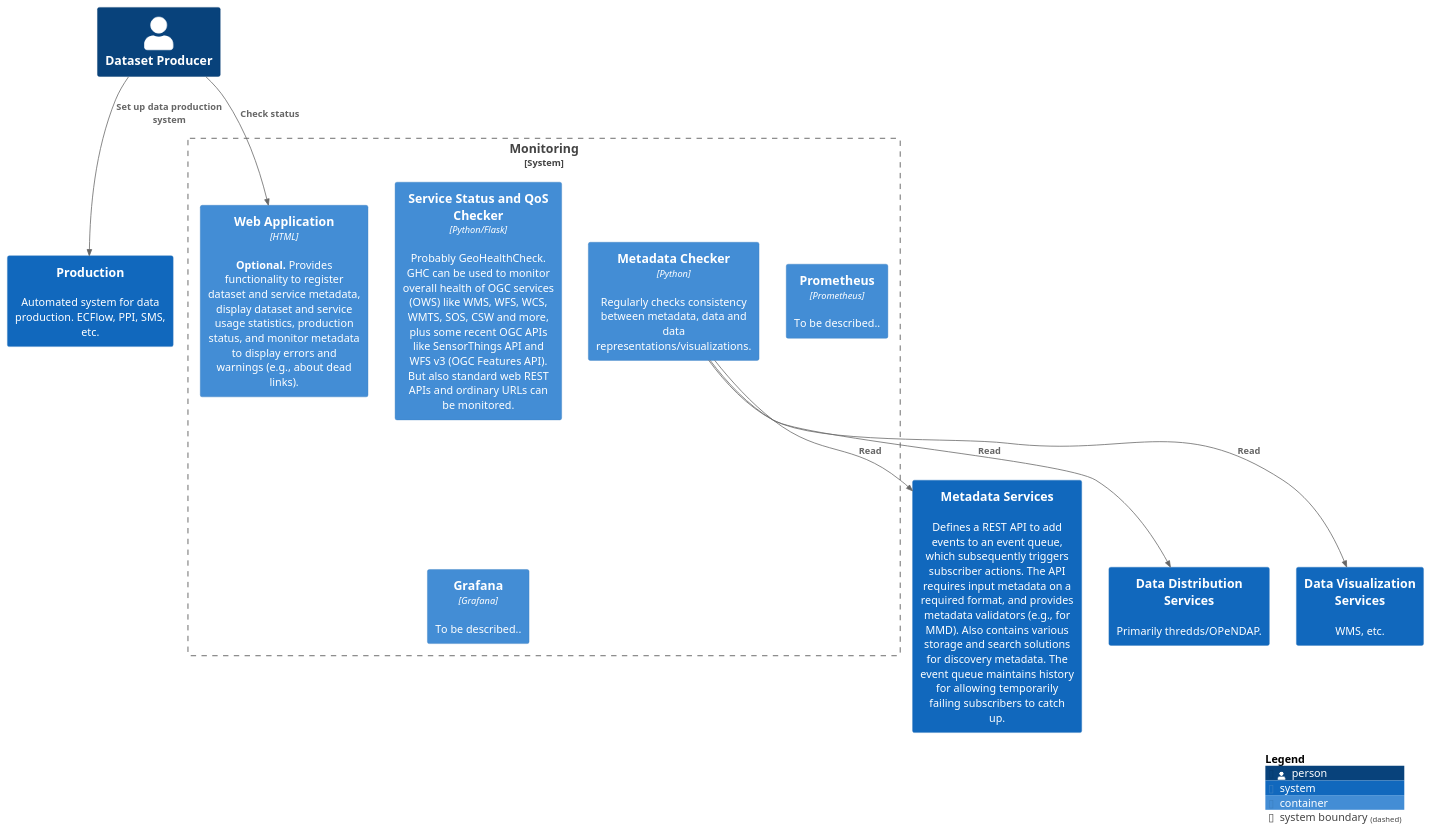
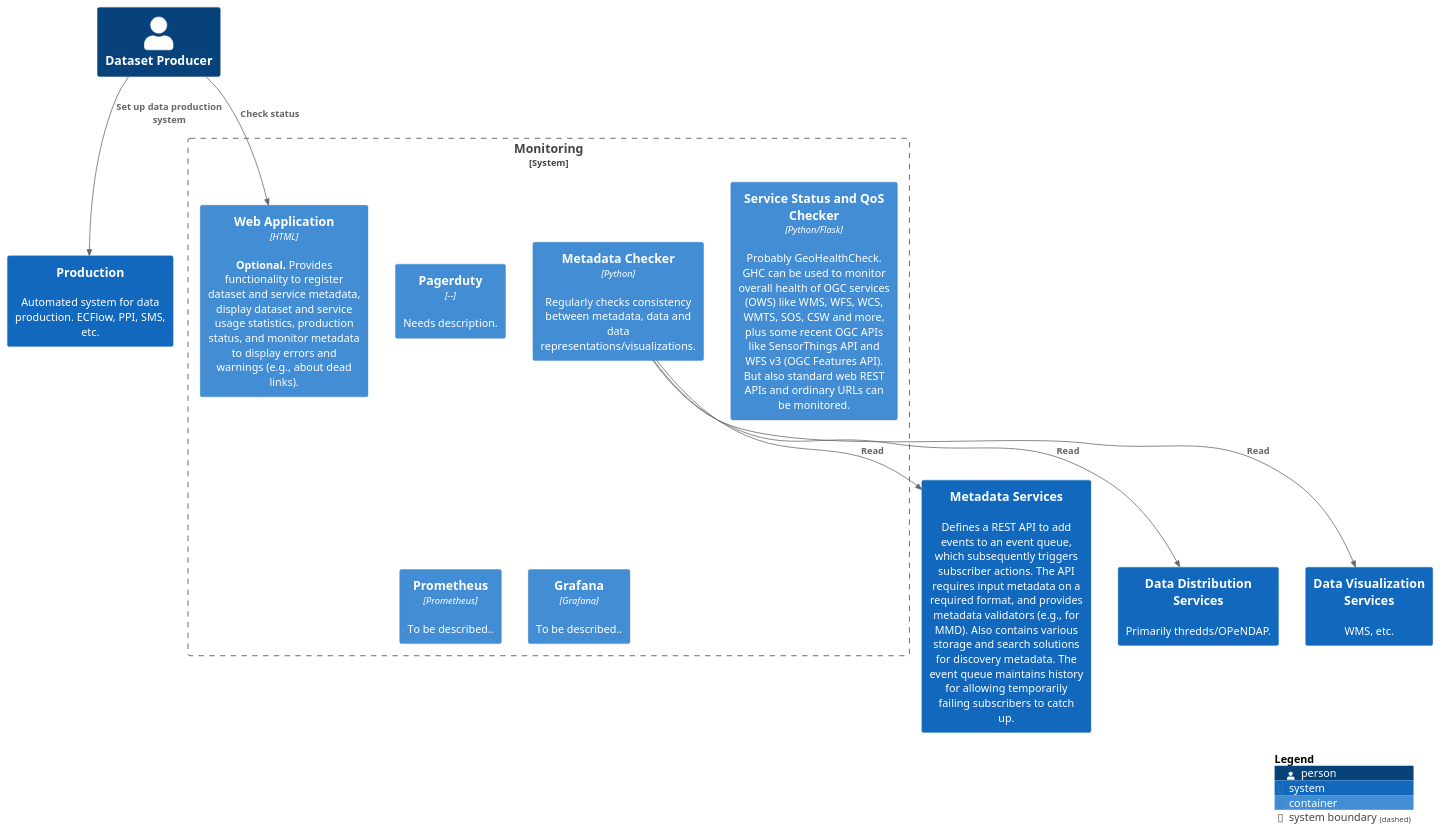
The diagram in source/puml/architecture/S-ENDA-monitoring-container-diagram.puml (metno/S-ENDA-documentation), drawn with PlantUML before and after one commit. The commit also changed 5 other files, not shown here.

```diff
--- a/source/puml/architecture/S-ENDA-monitoring-container-diagram.puml
+++ b/source/puml/architecture/S-ENDA-monitoring-container-diagram.puml
@@ -1,40 +1,42 @@
 @startuml S-ENDA-monitoring-container-diagram
 !include https://raw.githubusercontent.com/plantuml-stdlib/C4-PlantUML/master/C4_Container.puml
 
 LAYOUT_TOP_DOWN()
 
 Person(dataproducer, "Dataset Producer")
 
 System(dmservice, "Metadata Services", "Defines a REST API to add events to an event queue, which subsequently triggers subscriber actions. The API requires input metadata on a required format, and provides metadata validators (e.g., for MMD). Also contains various storage and search solutions for discovery metadata. The event queue maintains history for allowing temporarily failing subscribers to catch up.")
 System(productionhub, "Production", "Automated system for data production. ECFlow, PPI, SMS, etc.")
 System(dist_systems, "Data Distribution Services", "Primarily thredds/OPeNDAP.")
 System(vis_systems, "Data Visualization Services", "WMS, etc.")
 
 System_Boundary(monitoring, "Monitoring", "Monitoring of usage, metadata consistency, and status of services and production chains. Uses existing systems (e.g., prometheus/grafana)."){
 
   Container(checker, "Metadata Checker", "Python", "Regularly checks consistency between metadata, data and data representations/visualizations.")
+
+  Container(pagerduty, "Pagerduty", "--", "Needs description.")
 
   Container(web_app, "Web Application", "HTML", "<b>Optional.</b> Provides functionality to register dataset and service metadata, display dataset and service usage statistics, production status, and monitor metadata to display errors and warnings (e.g., about dead links).")
 
   Container(ghc, "Service Status and QoS Checker", "Python/Flask", "Probably GeoHealthCheck. GHC can be used to monitor overall health of OGC services (OWS) like WMS, WFS, WCS, WMTS, SOS, CSW and more, plus some recent OGC APIs like SensorThings API and WFS v3 (OGC Features API). But also standard web REST APIs and ordinary URLs can be monitored.")
 
   Container(prometheus, "Prometheus", "Prometheus", "To be described..")
   Container(grafana, "Grafana", "Grafana", "To be described..")
 
 }
 
 Rel(checker, dmservice, "Read")
 Rel(checker, dist_systems, "Read")
 Rel(checker, vis_systems, "Read")
 
 Rel(dataproducer, web_app, "Check status")
 
 Rel(dataproducer, productionhub, "Set up data production system")
 'Rel(productionhub, dist_systems, "Store")
 'Rel(productionhub, dmservice, "Validate/create/update/delete", "HTTP POST")
 'Rel(productionhub, dmservice, "Listen", "CloudEvent")
 'Rel(productionhub, vis_systems, "Store/Configure")
 
 SHOW_LEGEND()
 
 @enduml
```
